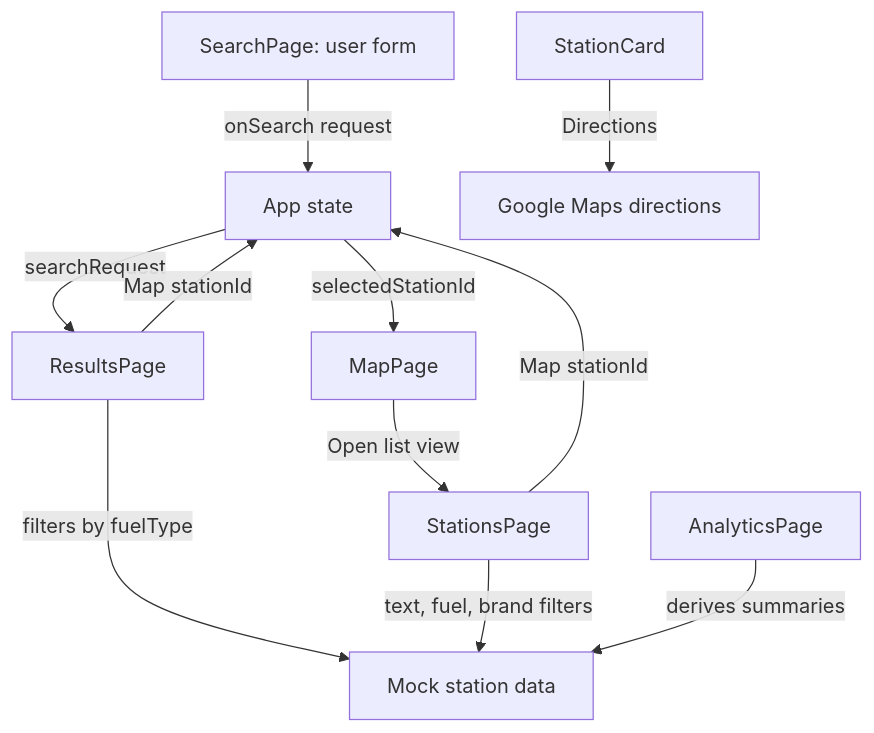
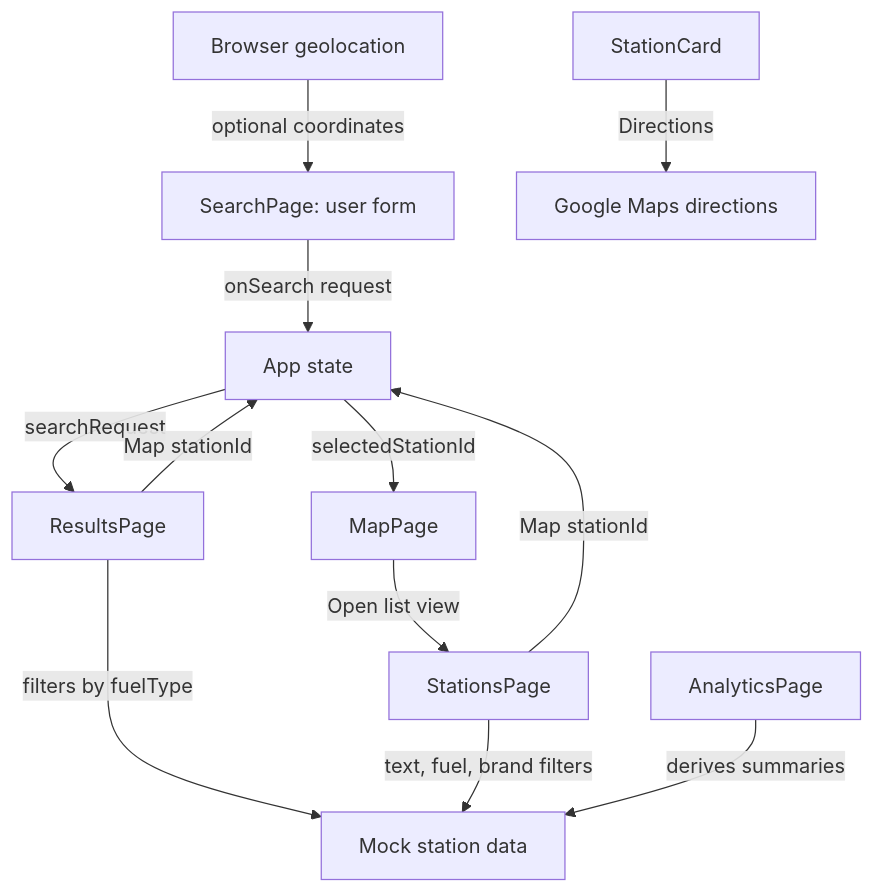
Before and after one commit to Arthemisto/FuelFinder: the diagram in PAGE_FLOW.md, drawn with Mermaid. The commit also changed other lines of this file and 1 other file, not shown here.

````diff
--- a/PAGE_FLOW.md
+++ b/PAGE_FLOW.md
@@ -313,13 +318,14 @@
 ```mermaid
 flowchart TD
+  BrowserGeolocation["Browser geolocation"] -->|optional coordinates| SearchPage
   SearchPage["SearchPage: user form"] -->|onSearch request| App["App state"]
   App -->|searchRequest| ResultsPage
   ResultsPage -->|filters by fuelType| MockStations["Mock station data"]
   ResultsPage -->|Map stationId| App
   StationsPage -->|Map stationId| App
   StationsPage -->|text, fuel, brand filters| MockStations
   App -->|selectedStationId| MapPage
   MapPage -->|Open list view| StationsPage
   StationCard -->|Directions| GoogleMaps["Google Maps directions"]
   AnalyticsPage -->|derives summaries| MockStations
 ```
````
